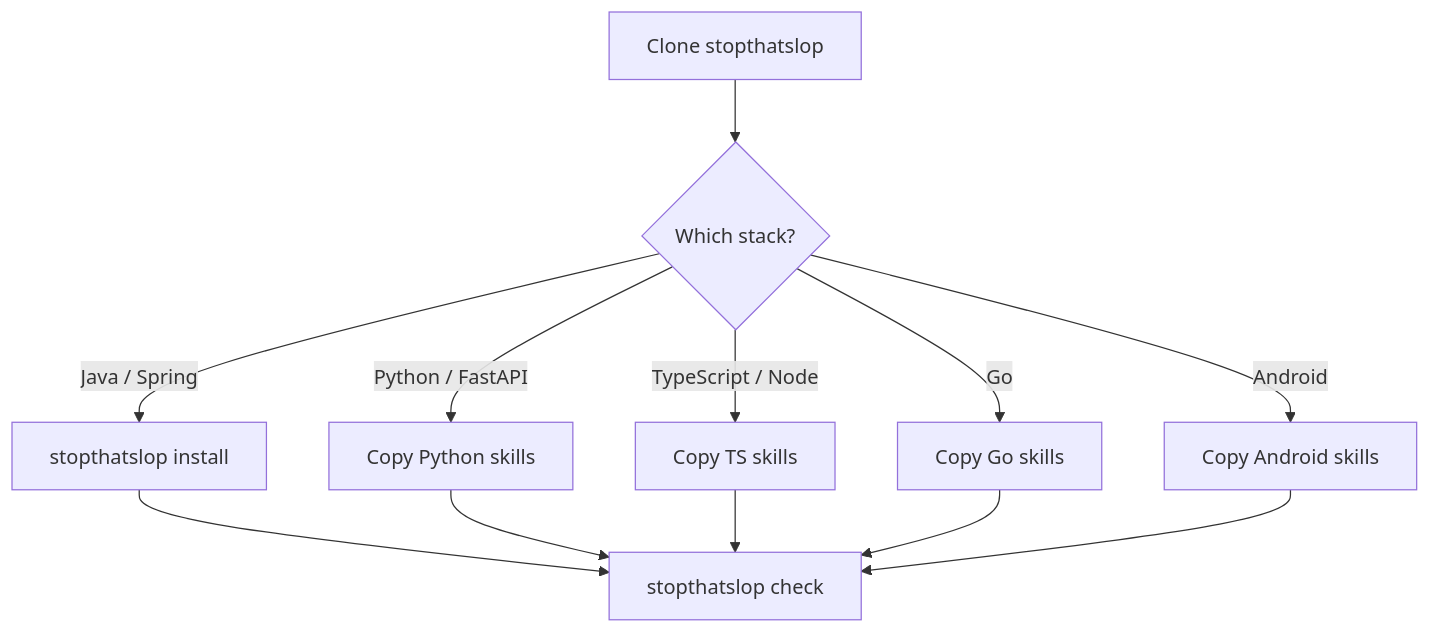
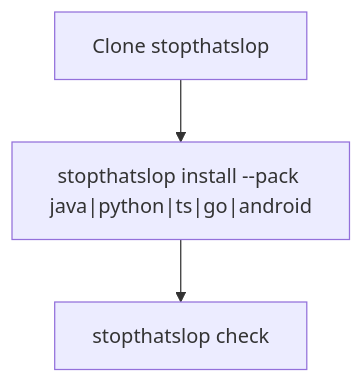
One commit to Amaresh/deslop changed the fourth of 5 diagrams in README.md. Above: the diagram before and after it, drawn with Mermaid. The commit also changed other lines of this file and 118 other files, not shown here.

First line of the commit message:
Ship an invocable CLI: PATH entry, pack install, and no house engine.

````diff
--- a/README.md
+++ b/README.md
@@ -174,14 +172,5 @@
 ```mermaid
 flowchart TD
-  Clone["Clone stopthatslop"] --> Pick{"Which stack?"}
-  Pick -->|"Java / Spring"| Inst["stopthatslop install"]
-  Pick -->|"Python / FastAPI"| CopyP["Copy Python skills"]
-  Pick -->|"TypeScript / Node"| CopyT["Copy TS skills"]
-  Pick -->|"Go"| CopyG["Copy Go skills"]
-  Pick -->|"Android"| CopyA["Copy Android skills"]
+  Clone["Clone stopthatslop"] --> Inst["stopthatslop install --pack java|python|ts|go|android"]
   Inst --> CI["stopthatslop check"]
-  CopyP --> CI
-  CopyT --> CI
-  CopyG --> CI
-  CopyA --> CI
 ```
````
